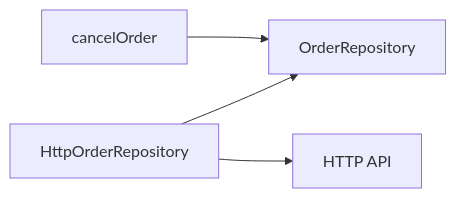
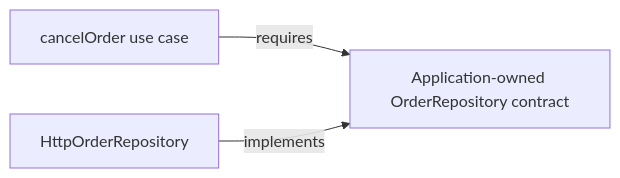
Before and after one commit to AndresTaoFlorez/software-architecture: the fifth of 7 diagrams in onion-architecture/README.md, drawn with Mermaid. The commit also changed other lines of this file, not shown here.

Commit message:
docs: separate Onion source contracts from actual HTTP calls

````diff
--- a/onion-architecture/README.md
+++ b/onion-architecture/README.md
@@ -211,6 +213,5 @@
 ```mermaid
 flowchart LR
-    UC["cancelOrder"] --> PORT["OrderRepository"]
-    HTTP["HttpOrderRepository"] --> PORT
-    HTTP --> API["HTTP API"]
+    UC["cancelOrder use case"] -->|"requires"| PORT["Application-owned OrderRepository contract"]
+    HTTP["HttpOrderRepository"] -->|"implements"| PORT
 ```
````
